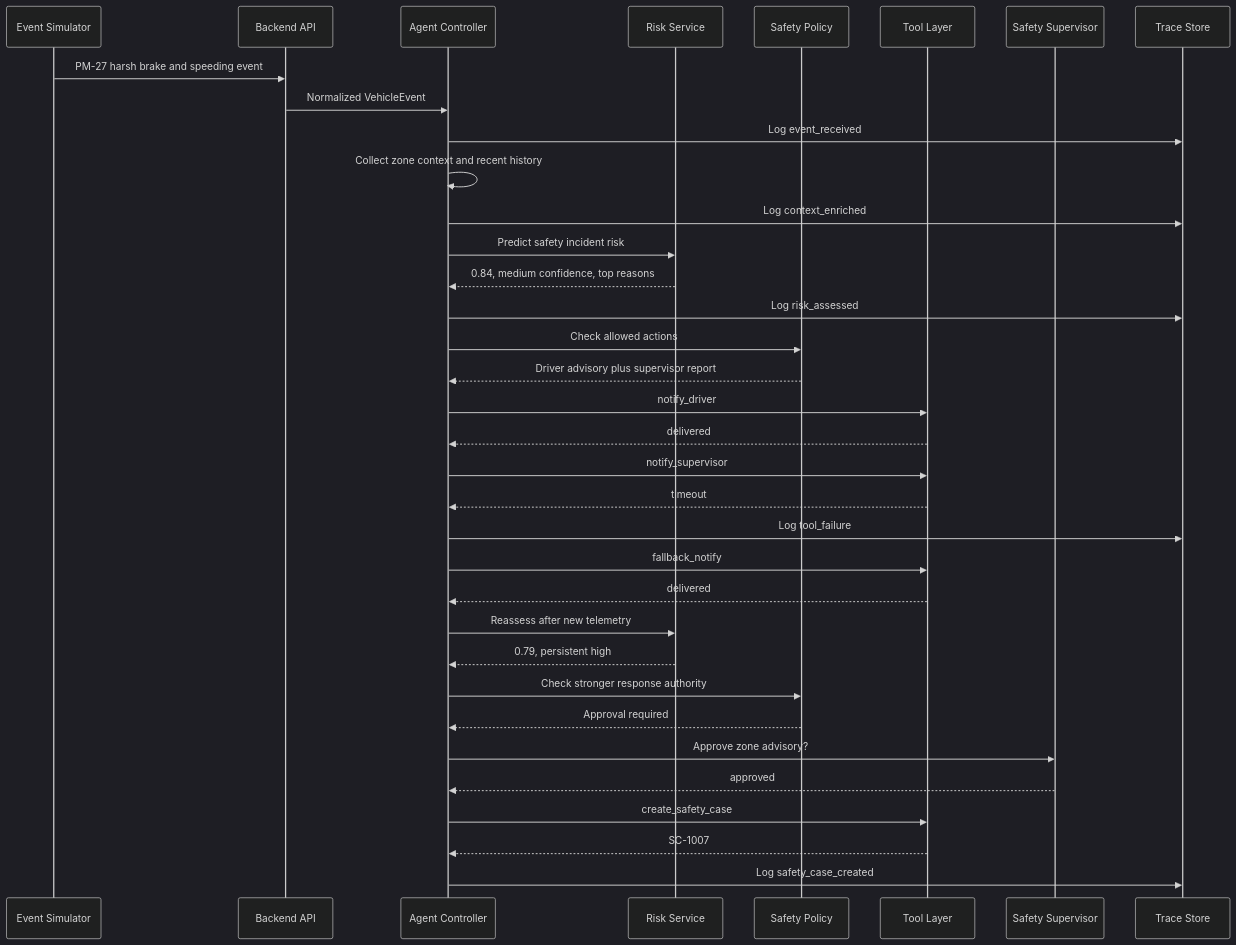
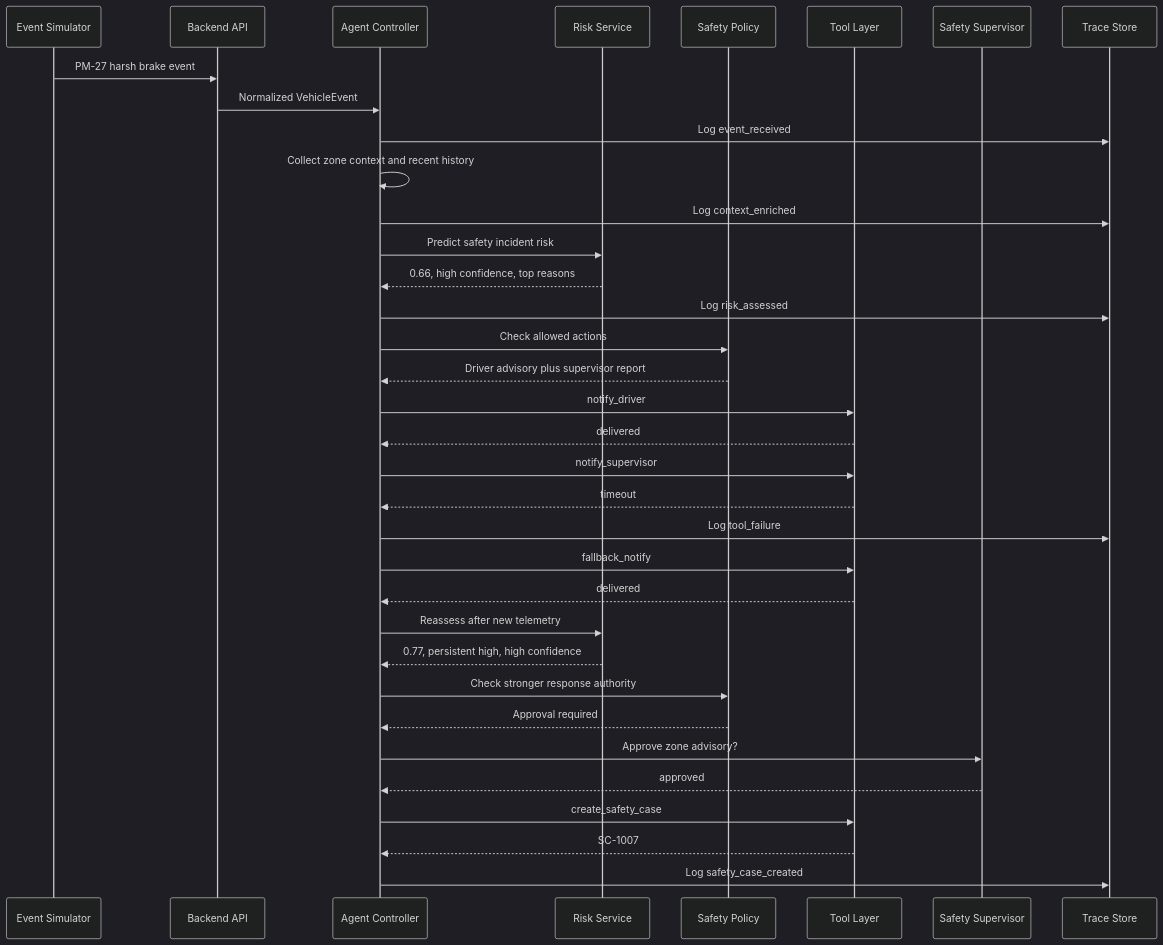
One commit to juneha1120/nearguard changed the fifth of 5 diagrams in docs/design.md. Above: the diagram before and after it, drawn with Mermaid (dark theme). The commit also changed other lines of this file and 10 other files, not shown here.

````diff
--- a/docs/design.md
+++ b/docs/design.md
@@ -416,38 +420,38 @@
 ```mermaid
 sequenceDiagram
     participant Sim as Event Simulator
     participant API as Backend API
     participant Agent as Agent Controller
     participant Risk as Risk Service
     participant Policy as Safety Policy
     participant Tools as Tool Layer
     participant Safety as Safety Supervisor
     participant Trace as Trace Store
 
-    Sim->>API: PM-27 harsh brake and speeding event
+    Sim->>API: PM-27 harsh brake event
     API->>Agent: Normalized VehicleEvent
     Agent->>Trace: Log event_received
     Agent->>Agent: Collect zone context and recent history
     Agent->>Trace: Log context_enriched
     Agent->>Risk: Predict safety incident risk
-    Risk-->>Agent: 0.84, medium confidence, top reasons
+    Risk-->>Agent: 0.66, high confidence, top reasons
     Agent->>Trace: Log risk_assessed
     Agent->>Policy: Check allowed actions
     Policy-->>Agent: Driver advisory plus supervisor report
     Agent->>Tools: notify_driver
     Tools-->>Agent: delivered
     Agent->>Tools: notify_supervisor
     Tools-->>Agent: timeout
     Agent->>Trace: Log tool_failure
     Agent->>Tools: fallback_notify
     Tools-->>Agent: delivered
     Agent->>Risk: Reassess after new telemetry
-    Risk-->>Agent: 0.79, persistent high
+    Risk-->>Agent: 0.77, persistent high, high confidence
     Agent->>Policy: Check stronger response authority
     Policy-->>Agent: Approval required
     Agent->>Safety: Approve zone advisory?
     Safety-->>Agent: approved
     Agent->>Tools: create_safety_case
     Tools-->>Agent: SC-1007
     Agent->>Trace: Log safety_case_created
 ```
````
